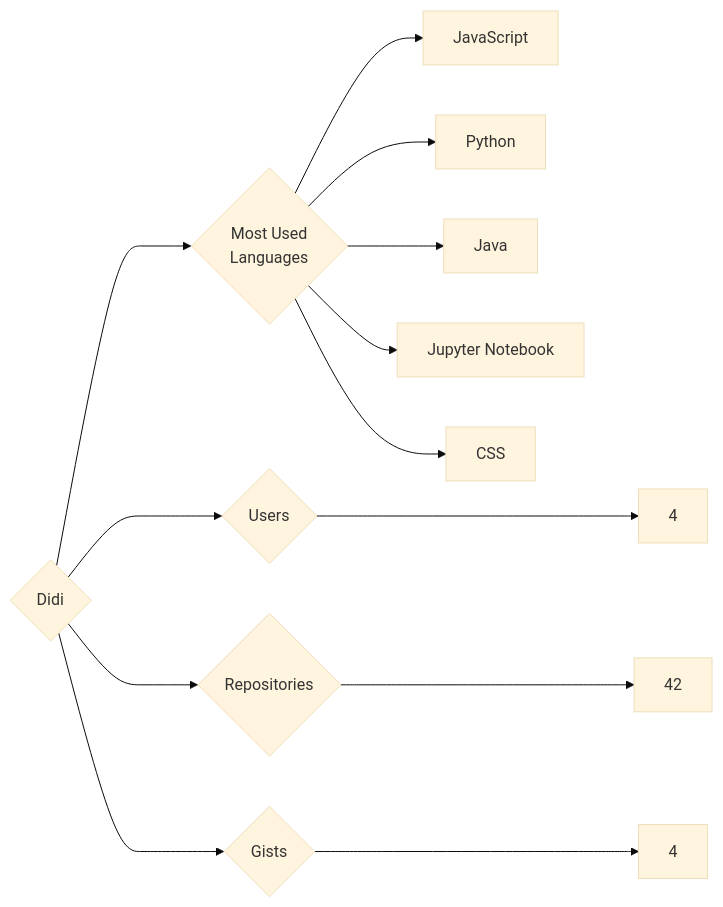
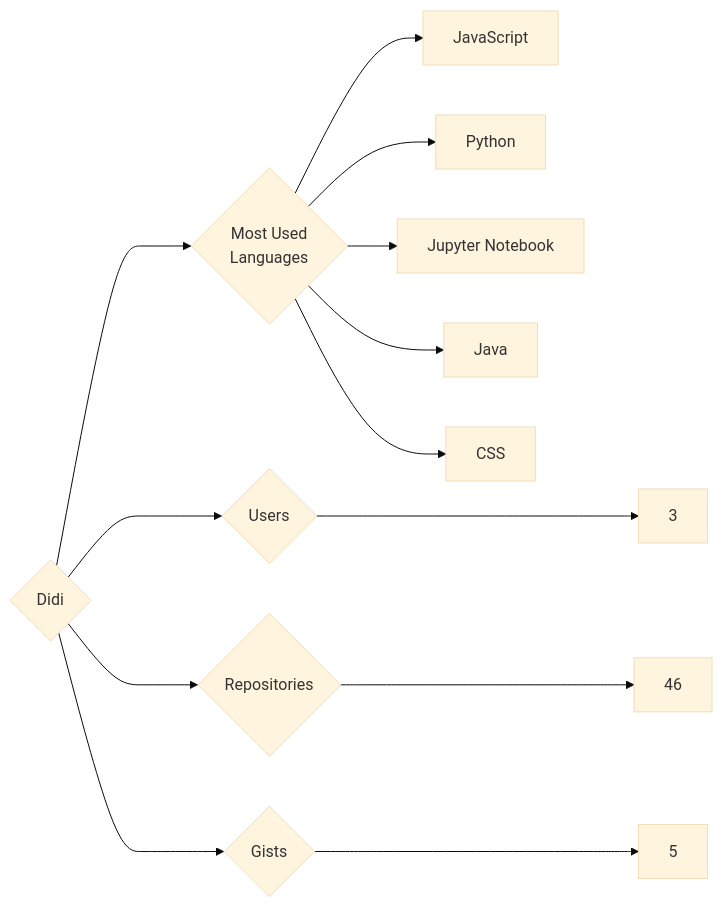
One commit to trickest/insiders changed the diagram in targets/Didi/README.md. Above: the diagram before and after it, drawn with Mermaid (base theme). The commit also changed 997 other files, not shown here.

````diff
--- a/targets/Didi/README.md
+++ b/targets/Didi/README.md
@@ -3,13 +3,13 @@
 ```mermaid
 graph LR
 COMPANY_NAME{Didi}
-COMPANY_NAME ---> U{Users} ---> UN[4]
-COMPANY_NAME ---> R{Repositories} ---> RN[42]
-COMPANY_NAME ---> G{Gists} ---> GN[4]
+COMPANY_NAME ---> U{Users} ---> UN[3]
+COMPANY_NAME ---> R{Repositories} ---> RN[46]
+COMPANY_NAME ---> G{Gists} ---> GN[5]
 COMPANY_NAME ---> ML{Most Used<br>Languages}
 ML --> JavaScript[JavaScript]
 ML --> Python[Python]
+ML --> Jupyter_Notebook[Jupyter Notebook]
 ML --> Java[Java]
-ML --> Jupyter_Notebook[Jupyter Notebook]
 ML --> CSS[CSS]
 ```
````
